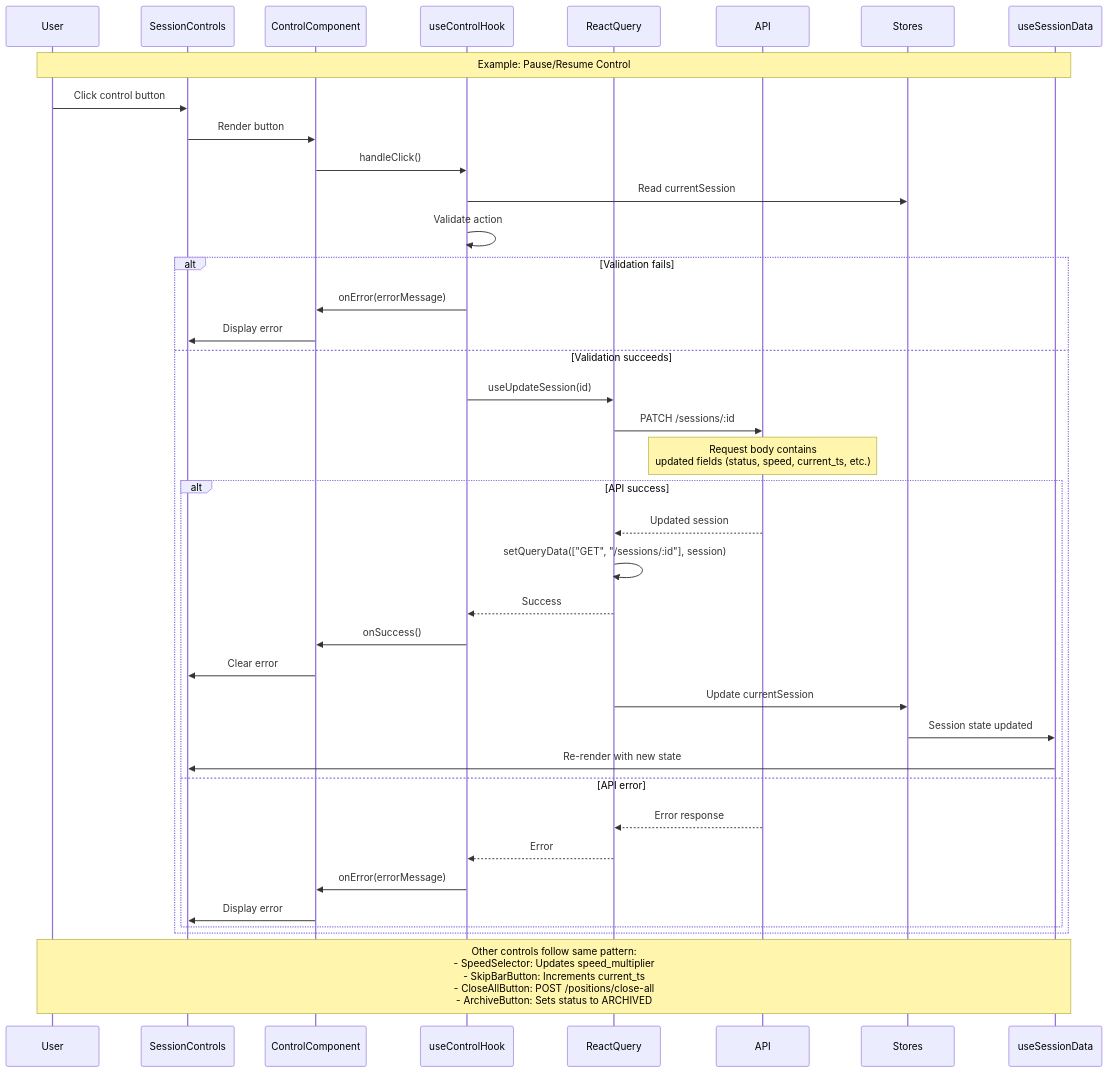
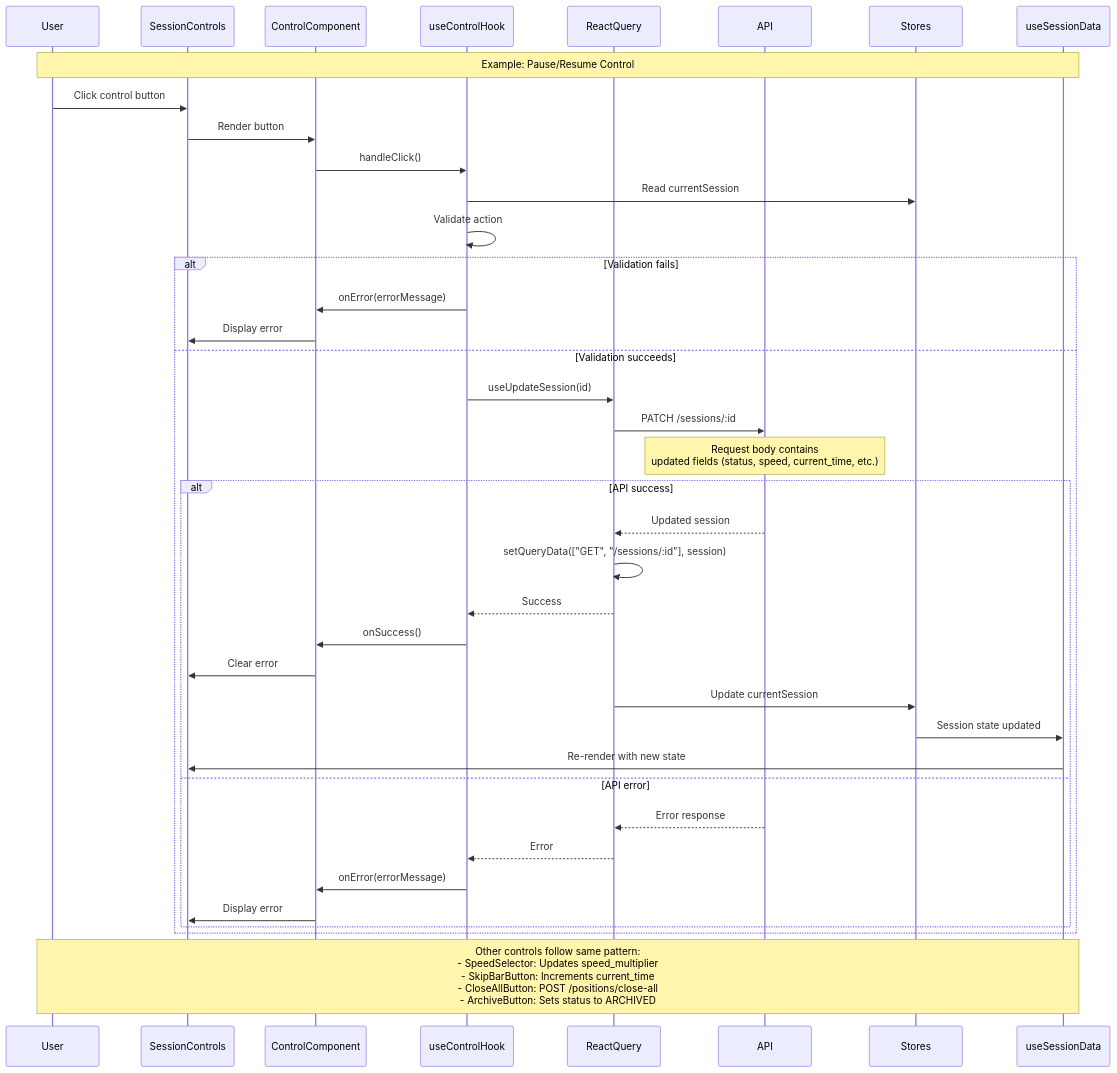
One commit to DamienReichhart/BackTrade changed the diagram in documentation/features/frontend/session-running/sequence-session-controls.mmd. Above: the diagram before and after it, drawn with Mermaid. The commit also changed 56 other files, not shown here.

```diff
--- a/documentation/features/frontend/session-running/sequence-session-controls.mmd
+++ b/documentation/features/frontend/session-running/sequence-session-controls.mmd
@@ -1,47 +1,47 @@
 sequenceDiagram
     participant User
     participant SessionControls
     participant ControlComponent
     participant useControlHook
     participant ReactQuery
     participant API
     participant Stores
     participant useSessionData
     
     Note over User,useSessionData: Example: Pause/Resume Control
     
     User->>SessionControls: Click control button
     SessionControls->>ControlComponent: Render button
     ControlComponent->>useControlHook: handleClick()
     
     useControlHook->>Stores: Read currentSession
     useControlHook->>useControlHook: Validate action
     
     alt Validation fails
         useControlHook->>ControlComponent: onError(errorMessage)
         ControlComponent->>SessionControls: Display error
     else Validation succeeds
         useControlHook->>ReactQuery: useUpdateSession(id)
         ReactQuery->>API: PATCH /sessions/:id
-        Note over API: Request body contains<br/>updated fields (status, speed, current_ts, etc.)
+        Note over API: Request body contains<br/>updated fields (status, speed, current_time, etc.)
         
         alt API success
             API-->>ReactQuery: Updated session
             ReactQuery->>ReactQuery: setQueryData(["GET", "/sessions/:id"], session)
             ReactQuery-->>useControlHook: Success
             
             useControlHook->>ControlComponent: onSuccess()
             ControlComponent->>SessionControls: Clear error
             
             ReactQuery->>Stores: Update currentSession
             Stores->>useSessionData: Session state updated
             useSessionData->>SessionControls: Re-render with new state
         else API error
             API-->>ReactQuery: Error response
             ReactQuery-->>useControlHook: Error
             useControlHook->>ControlComponent: onError(errorMessage)
             ControlComponent->>SessionControls: Display error
         end
     end
     
-    Note over User,useSessionData: Other controls follow same pattern:<br/>- SpeedSelector: Updates speed_multiplier<br/>- SkipBarButton: Increments current_ts<br/>- CloseAllButton: POST /positions/close-all<br/>- ArchiveButton: Sets status to ARCHIVED
+    Note over User,useSessionData: Other controls follow same pattern:<br/>- SpeedSelector: Updates speed_multiplier<br/>- SkipBarButton: Increments current_time<br/>- CloseAllButton: POST /positions/close-all<br/>- ArchiveButton: Sets status to ARCHIVED
```
